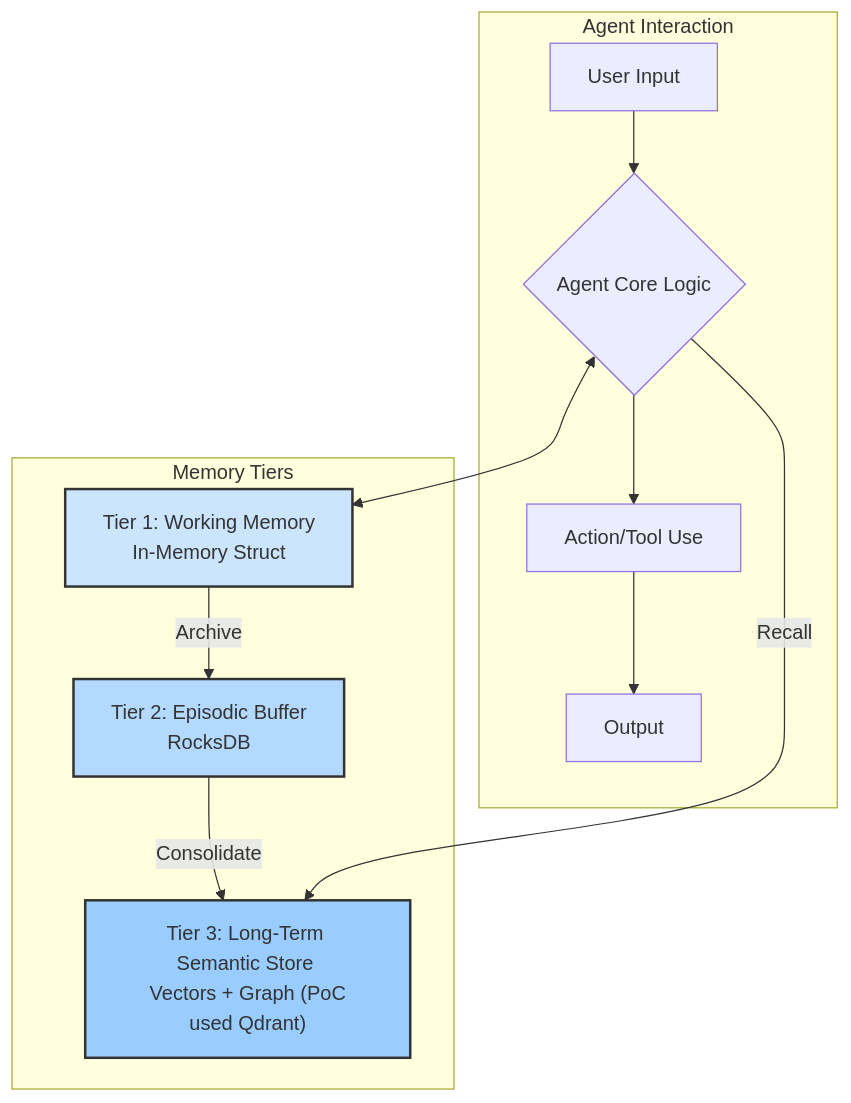
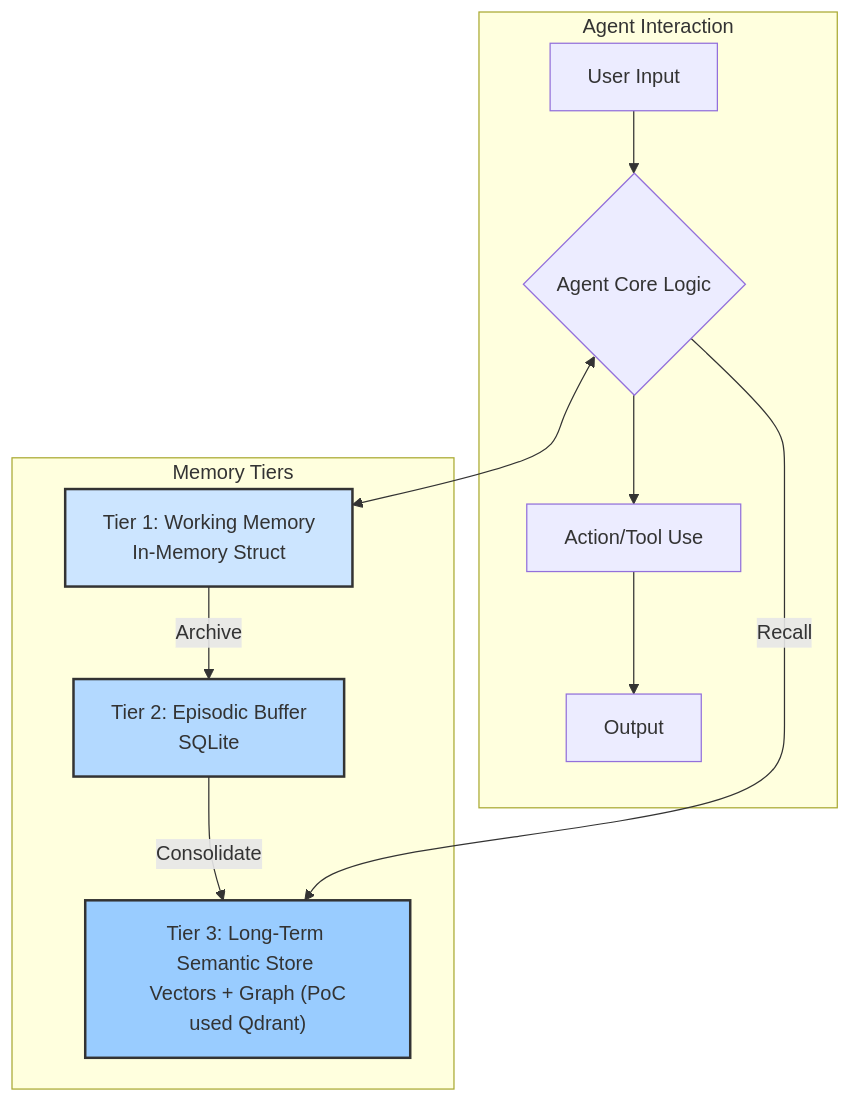
One commit to yarenty/kowalski changed the diagram in docs/article_memory.md. Above: the diagram before and after it, drawn with Mermaid. The commit also changed other lines of this file and 15 other files, not shown here.

Commit message:
no rocksDB - use sqlite consistently

````diff
--- a/docs/article_memory.md
+++ b/docs/article_memory.md
@@ -31,23 +31,23 @@
 ```mermaid
 graph TD
     subgraph Agent Interaction
         A["User Input"] --> B{"Agent Core Logic"};
         B --> C["Action/Tool Use"];
         C --> D["Output"];
     end
 
     subgraph Memory Tiers
         T1["Tier 1: Working Memory <br> In-Memory Struct"]
-        T2["Tier 2: Episodic Buffer <br> RocksDB"]
+        T2["Tier 2: Episodic Buffer <br> SQLite"]
         T3["Tier 3: Long-Term Semantic Store <br> Vectors + Graph (PoC used Qdrant)"]
     end
 
     B <--> T1;
     T1 -- Archive --> T2;
     T2 -- Consolidate --> T3;
     B -- Recall --> T3;
 
     style T1 fill:#cce5ff,stroke:#333,stroke-width:2px
     style T2 fill:#b3d9ff,stroke:#333,stroke-width:2px
     style T3 fill:#99ccff,stroke:#333,stroke-width:2px
 ```
````
